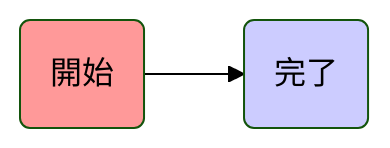
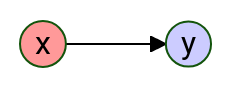
One commit to morinota/TIL changed the second of 4 diagrams in mermaid.js/mermaid.jsでグラフィカルモデル書きたい.md. Above: the diagram before and after it, drawn with Mermaid (forest theme). The commit also changed other lines of this file, not shown here.

````diff
--- a/mermaid.js/mermaid.jsでグラフィカルモデル書きたい.md
+++ b/mermaid.js/mermaid.jsでグラフィカルモデル書きたい.md
@@ -42,6 +41,6 @@
 ```mermaid
 graph LR
-    start(開始)-->stop(完了)
+    start((x))-->stop((y))
     style start fill:#f99f
     style stop fill:#ccf
 ```
````
